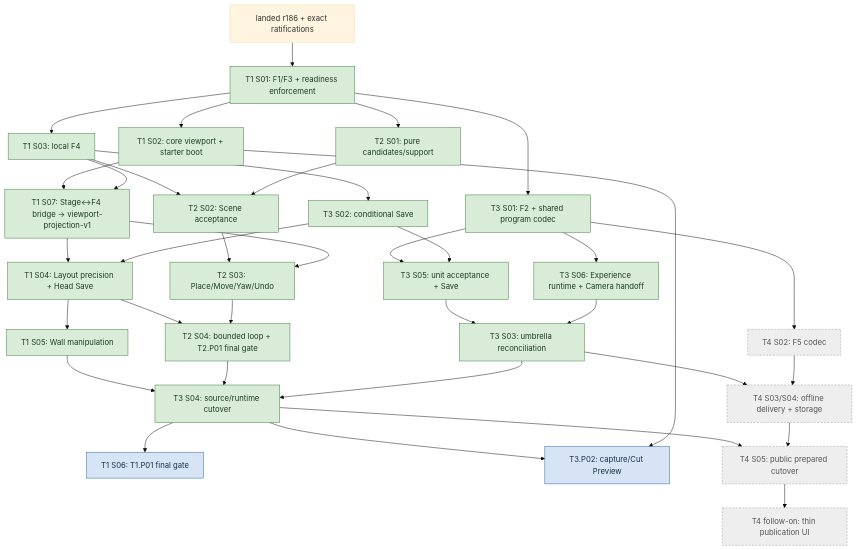
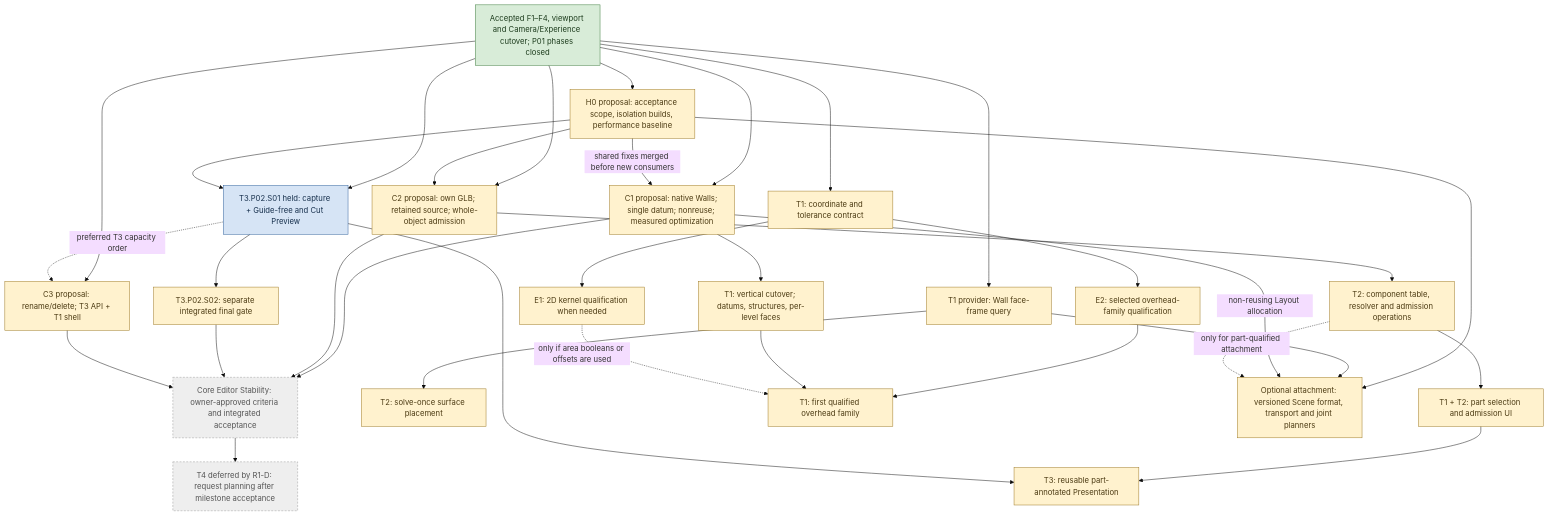
Before and after one commit to Biskiq/spatial-sketch-editor: the first of 5 diagrams in docs/roadmap/cross-track-execution.md, drawn with Mermaid (base theme). The commit also changed other lines of this file and 27 other files, not shown here.

Commit message:
docs: reconcile convergence and roadmap

````diff
--- a/docs/roadmap/cross-track-execution.md
+++ b/docs/roadmap/cross-track-execution.md
@@ -211,44 +218,65 @@
 ```mermaid
 flowchart TD
-  R["landed r186 + exact ratifications"] --> A["T1 S01: F1/F3 + readiness enforcement"]
-  A --> V["T1 S02: core viewport + starter boot"]
-  A --> L["T1 S03: local F4"]
-  A --> U["T3 S01: F2 + shared program codec"]
-  A --> O["T2 S01: pure candidates/support"]
-  V --> B["T1 S07: Stage↔F4 bridge → viewport-projection-v1"]
-  L --> B
-  L --> S["T3 S02: conditional Save"]
-  L --> C["T2 S02: Scene acceptance"]
-  O --> C
-  C --> UI["T2 S03: Place/Move/Yaw/Undo"]
-  B --> UI
-  B --> P["T1 S04: Layout precision + Head Save"]
-  S --> P
-  P --> W["T1 S05: Wall manipulation"]
-  W --> CUT
-  T2F --> CUT
-  CUT --> G["T1 S06: T1.P01 final gate"]
-  P --> T2F["T2 S04: bounded loop + T2.P01 final gate"]
-  UI --> T2F
-  U --> X5["T3 S05: unit acceptance + Save"]
-  S --> X5
-  U --> X6["T3 S06: Experience runtime + Camera handoff"]
-  X5 --> X["T3 S03: umbrella reconciliation"]
-  X6 --> X
-  U --> F["T4 S02: F5 codec"]
-  X --> CUT["T3 S04: source/runtime cutover"]
-  X --> OFF["T4 S03/S04: offline delivery + storage"]
-  F --> OFF
-  CUT --> PRE["T3.P02: capture/Cut Preview"]
-  V --> PRE
-  CUT --> PUB["T4 S05: public prepared cutover"]
-  OFF --> PUB
-  PUB --> UX["T4 follow-on: thin publication UI"]
+  BASE["Accepted F1–F4, viewport and Camera/Experience cutover; P01 phases closed"]
+  H0["H0 proposal: acceptance scope, isolation builds, performance baseline"]
+  CW["C1 proposal: native Walls; single datum; nonreuse; measured optimization"]
+  IM["C2 proposal: own GLB; retained source; whole-object admission"]
+  PV["T3.P02.S01 held: capture + Guide-free and Cut Preview"]
+  PG["T3.P02.S02: separate integrated final gate"]
+  LC["C3 proposal: rename/delete; T3 API + T1 shell"]
+  CES["Core Editor Stability: owner-approved criteria and integrated acceptance"]
+  REL["T4 deferred by R1-D: request planning after milestone acceptance"]
+  BASE --> H0
+  BASE --> CW
+  BASE --> IM
+  BASE --> PV
+  H0 -->|shared fixes merged before new consumers| CW
+  H0 --> IM
+  H0 --> PV
+  PV --> PG
+  BASE --> LC
+  PV -.->|preferred T3 capacity order| LC
+  CW --> CES
+  IM --> CES
+  PG --> CES
+  LC --> CES
+  CES --> REL
 
-  classDef shipped fill:#d8ecd8,stroke:#3c7a3c,color:#1e3d1e
-  classDef authorized fill:#d6e4f5,stroke:#2f5f99,color:#17304d
+  FACE["T1 provider: Wall face-frame query"]
+  PLACE["T2: solve-once surface placement"]
+  PART["T2: component table, resolver and admission operations"]
+  PICK["T1 + T2: part selection and admission UI"]
+  ANNO["T3: reusable part-annotated Presentation"]
+  VERT["T1: vertical cutover; datums, structures, per-level faces"]
+  TOL["T1: coordinate and tolerance contract"]
+  E2["E2: selected overhead-family qualification"]
+  E1["E1: 2D kernel qualification when needed"]
+  ROOF["T1: first qualified overhead family"]
+  ATT["Optional attachment: versioned Scene format, transport and joint planners"]
+  BASE --> FACE
+  FACE --> PLACE
+  IM --> PART
+  PART --> PICK
+  PICK --> ANNO
+  PV --> ANNO
+  CW --> VERT
+  BASE --> TOL
+  TOL --> E2
+  TOL --> E1
+  E2 --> ROOF
+  VERT --> ROOF
+  E1 -.->|only if area booleans or offsets are used| ROOF
+  H0 --> ATT
+  FACE --> ATT
+  CW -->|non-reusing Layout allocation| ATT
+  PART -.->|only for part-qualified attachment| ATT
+
+  classDef accepted fill:#d8ecd8,stroke:#3c7a3c,color:#1e3d1e
+  classDef proposed fill:#fff2ce,stroke:#9b7621,color:#4c3b13
+  classDef held fill:#d6e4f5,stroke:#2f5f99,color:#17304d
   classDef deferred fill:#eeeeee,stroke:#999999,color:#555555,stroke-dasharray:4 3
-  class A,V,L,U,O,B,S,C,X5,X6,X,P,UI,W,T2F,CUT shipped
-  class G,PRE authorized
-  class F,OFF,PUB,UX deferred
+  class BASE accepted
+  class H0,CW,IM,PG,LC,FACE,PLACE,PART,PICK,ANNO,VERT,TOL,E2,E1,ROOF,ATT proposed
+  class PV held
+  class CES,REL deferred
 ```
````
